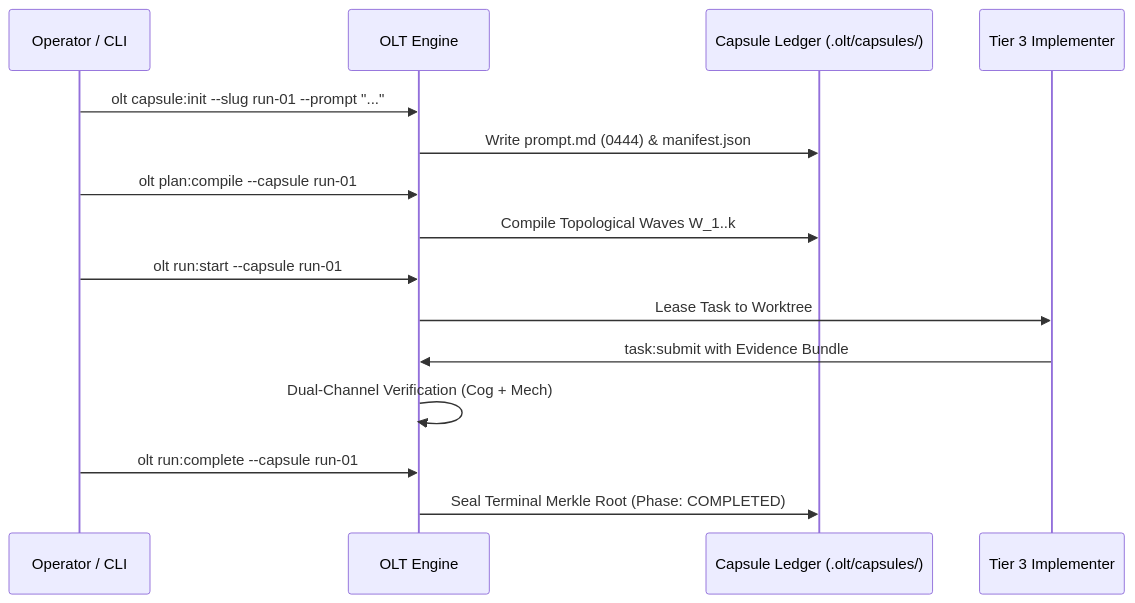
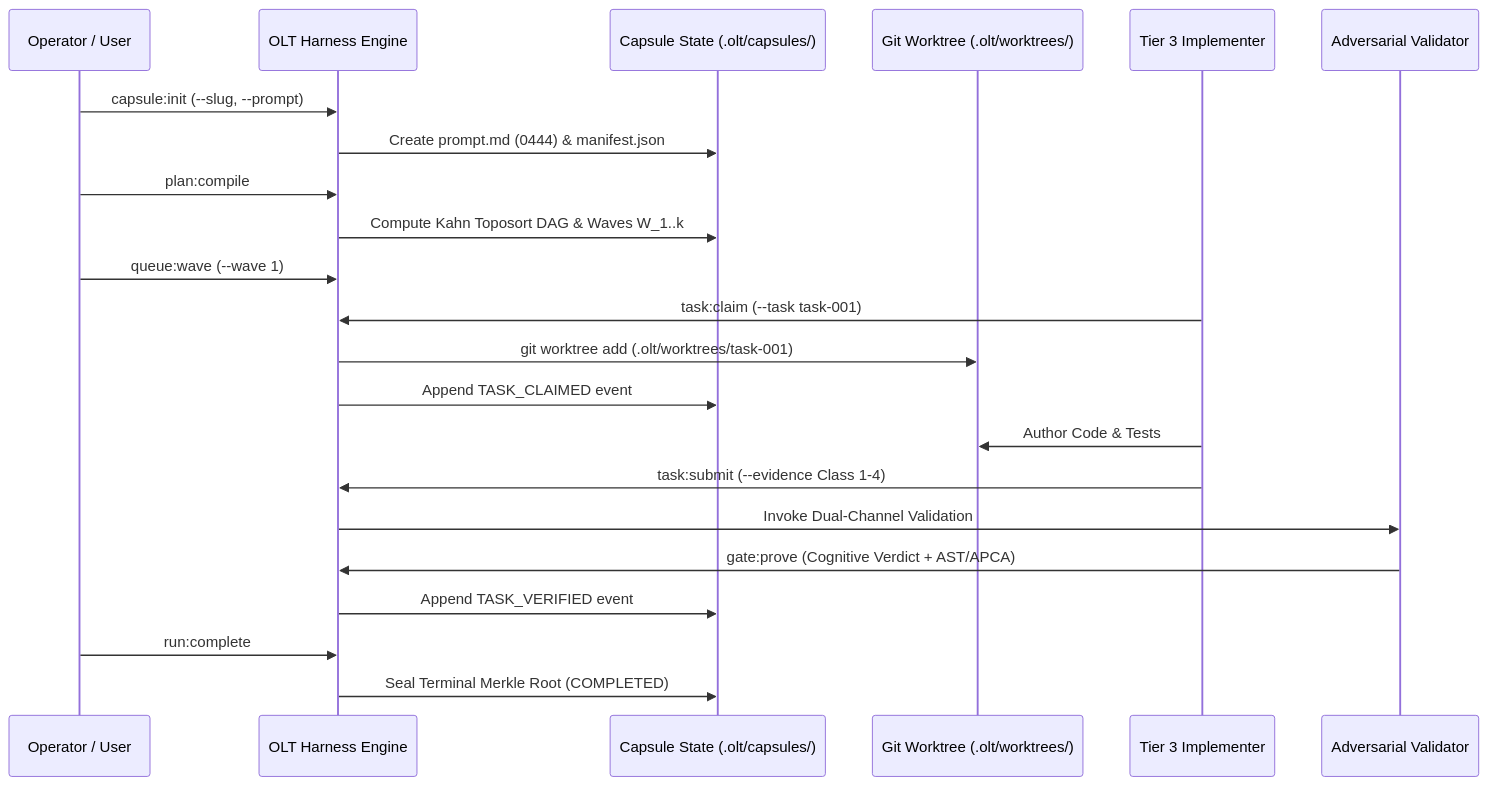
Before and after one commit to onurseckin/skills: the diagram in docs/olt/reference/quickstart.md, drawn with Mermaid. The commit also changed other lines of this file and 163 other files, not shown here.

Commit message:
feat(olt): complete 7 master initiatives across reporting, doctor, policy, docs, storage and mailboxes

````diff
--- a/docs/olt/reference/quickstart.md
+++ b/docs/olt/reference/quickstart.md
@@ -96,18 +226,25 @@
 ```mermaid
 sequenceDiagram
-    participant Operator as Operator / CLI
-    participant Harness as OLT Engine
-    participant Capsule as Capsule Ledger (.olt/capsules/)
+    participant Operator as Operator / User
+    participant Harness as OLT Harness Engine
+    participant Capsule as Capsule State (.olt/capsules/)
+    participant Worktree as Git Worktree (.olt/worktrees/)
     participant Worker as Tier 3 Implementer
+    participant Validator as Adversarial Validator
 
-    Operator->>Harness: olt capsule:init --slug run-01 --prompt "..."
-    Harness->>Capsule: Write prompt.md (0444) & manifest.json
-    Operator->>Harness: olt plan:compile --capsule run-01
-    Harness->>Capsule: Compile Topological Waves W_1..k
-    Operator->>Harness: olt run:start --capsule run-01
-    Harness->>Worker: Lease Task to Worktree
-    Worker->>Harness: task:submit with Evidence Bundle
-    Harness->>Harness: Dual-Channel Verification (Cog + Mech)
-    Operator->>Harness: olt run:complete --capsule run-01
-    Harness->>Capsule: Seal Terminal Merkle Root (Phase: COMPLETED)
+    Operator->>Harness: capsule:init (--slug, --prompt)
+    Harness->>Capsule: Create prompt.md (0444) & manifest.json
+    Operator->>Harness: plan:compile
+    Harness->>Capsule: Compute Kahn Toposort DAG & Waves W_1..k
+    Operator->>Harness: queue:wave (--wave 1)
+    Worker->>Harness: task:claim (--task task-001)
+    Harness->>Worktree: git worktree add (.olt/worktrees/task-001)
+    Harness->>Capsule: Append TASK_CLAIMED event
+    Worker->>Worktree: Author Code & Tests
+    Worker->>Harness: task:submit (--evidence Class 1-4)
+    Harness->>Validator: Invoke Dual-Channel Validation
+    Validator->>Harness: gate:prove (Cognitive Verdict + AST/APCA)
+    Harness->>Capsule: Append TASK_VERIFIED event
+    Operator->>Harness: run:complete
+    Harness->>Capsule: Seal Terminal Merkle Root (COMPLETED)
 ```
````
